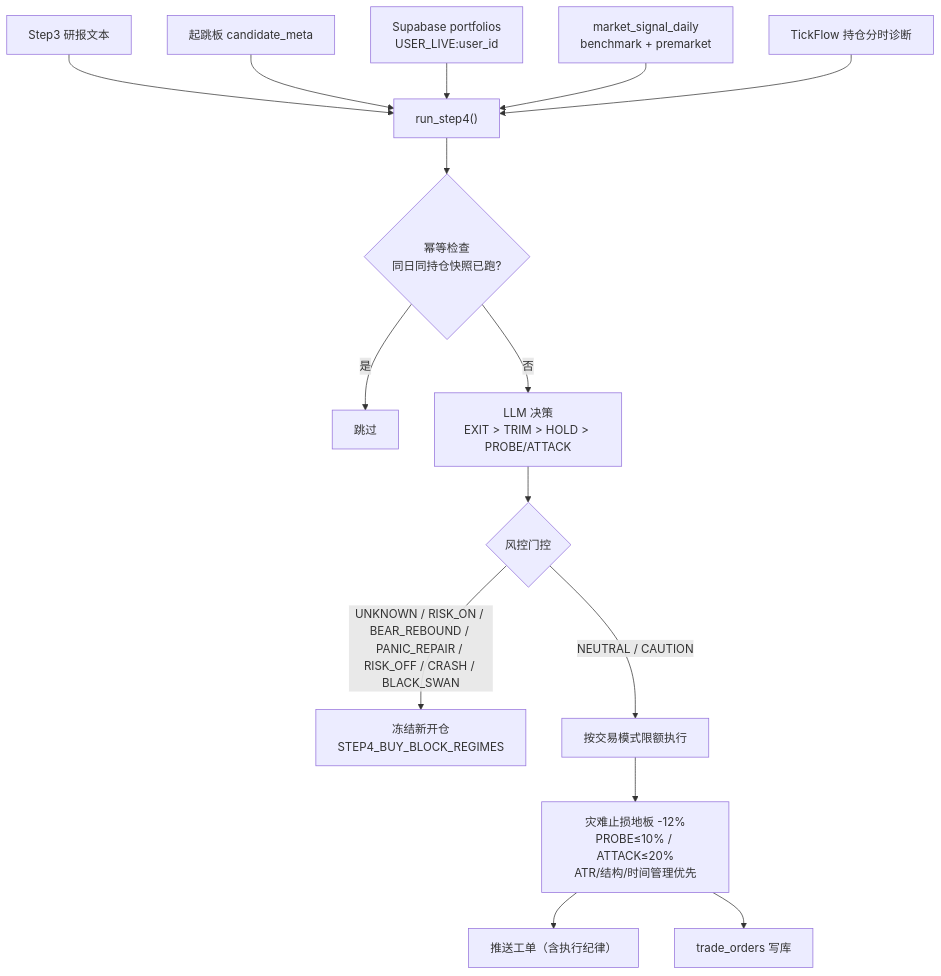
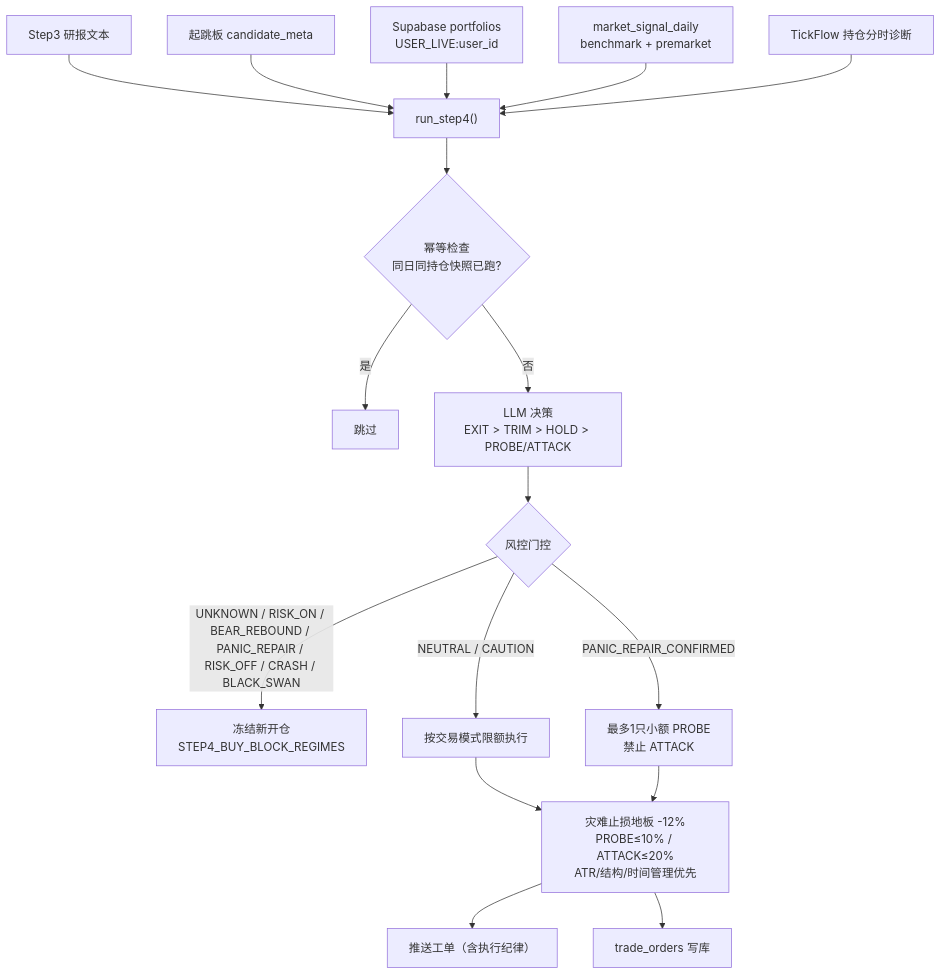
Before and after one commit to niyoh120/Wyckoff-Analysis: the fifth of 7 diagrams in docs/A_SHARE_FUNNEL_FLOW.md, drawn with Mermaid. The commit also changed other lines of this file and 32 other files, not shown here.

Commit message:
feat: gate panic repair behind next-day confirmation

````diff
--- a/docs/A_SHARE_FUNNEL_FLOW.md
+++ b/docs/A_SHARE_FUNNEL_FLOW.md
@@ -278,20 +278,22 @@
 ```mermaid
 flowchart TD
     IN1["Step3 研报文本"] --> S4
     IN2["起跳板 candidate_meta"] --> S4
     IN3["Supabase portfolios<br/>USER_LIVE:user_id"] --> S4
     IN4["market_signal_daily<br/>benchmark + premarket"] --> S4
     IN5["TickFlow 持仓分时诊断"] --> S4
 
     S4["run_step4()"] --> IDEM{"幂等检查<br/>同日同持仓快照已跑?"}
     IDEM -->|是| SKIP["跳过"]
     IDEM -->|否| LLM["LLM 决策<br/>EXIT > TRIM > HOLD > PROBE/ATTACK"]
 
     LLM --> RISK{"风控门控"}
     RISK -->|UNKNOWN / RISK_ON / BEAR_REBOUND / PANIC_REPAIR / RISK_OFF / CRASH / BLACK_SWAN| BLOCK_BUY["冻结新开仓<br/>STEP4_BUY_BLOCK_REGIMES"]
+    RISK -->|PANIC_REPAIR_CONFIRMED| REPAIR_PROBE["最多1只小额 PROBE<br/>禁止 ATTACK"]
     RISK -->|NEUTRAL / CAUTION| ALLOW["按交易模式限额执行"]
 
     ALLOW --> OMS["灾难止损地板 -12%<br/>PROBE≤10% / ATTACK≤20%<br/>ATR/结构/时间管理优先"]
+    REPAIR_PROBE --> OMS
     OMS --> TG["推送工单（含执行纪律）"]
     OMS --> DB["trade_orders 写库"]
 ```
````
